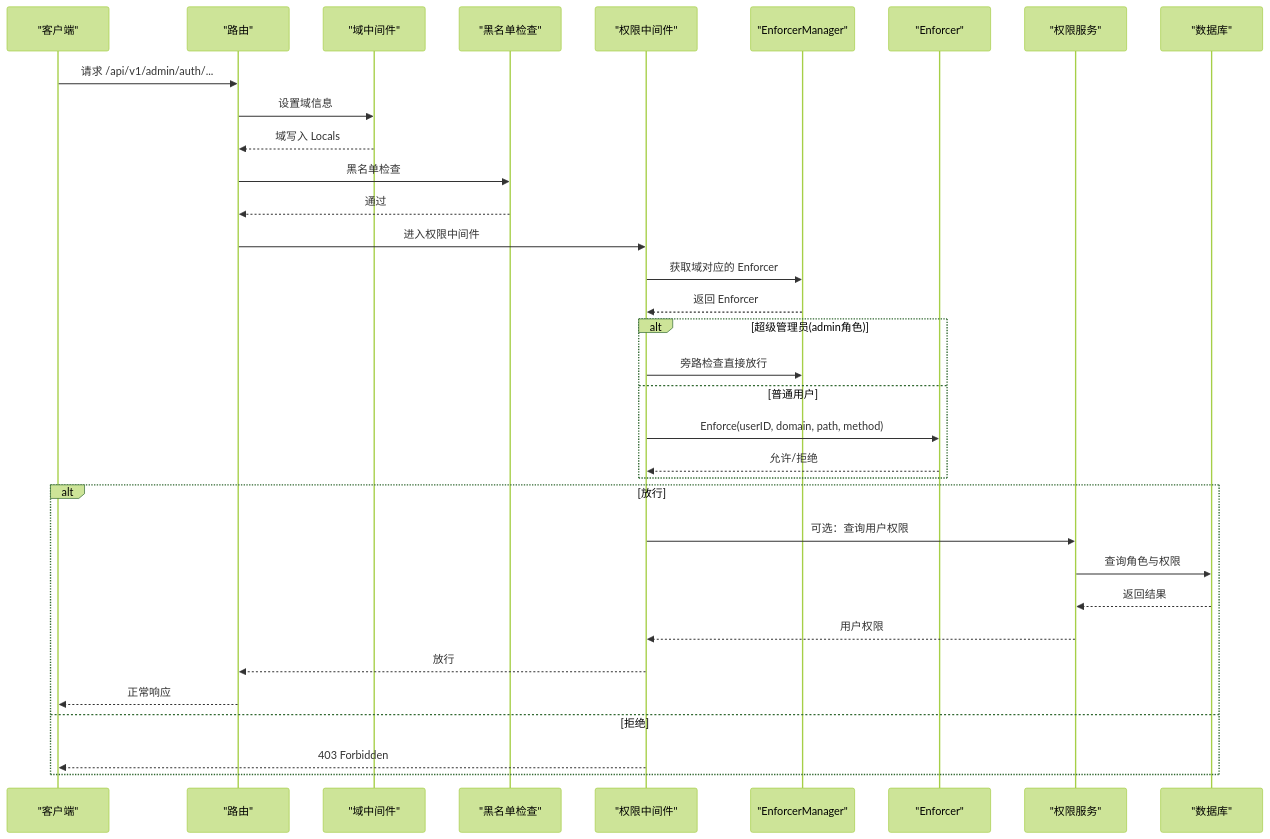
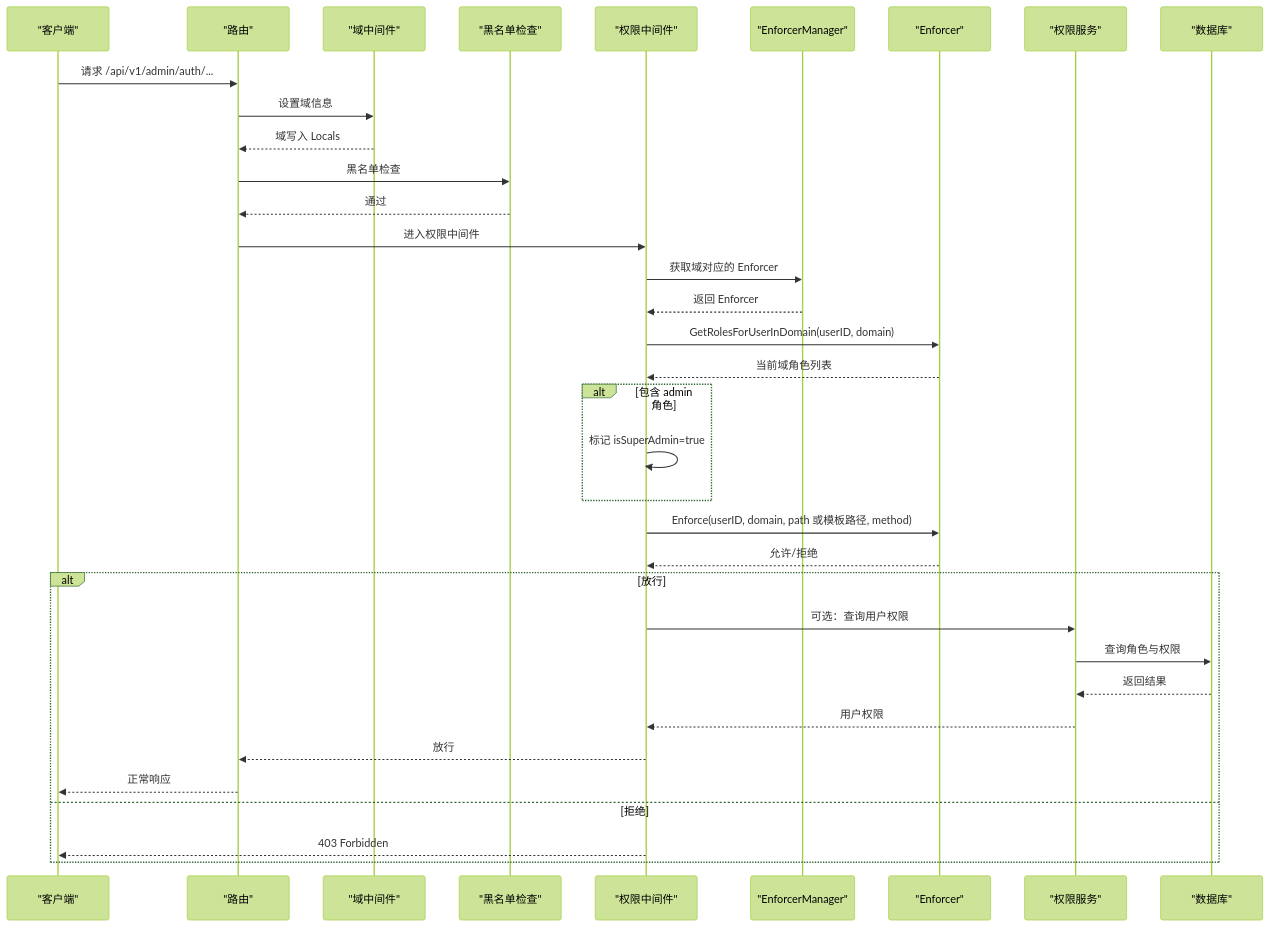
One commit to wuwuseo/e-sports-go-admin changed the second of 6 diagrams in .qoder/repowiki/zh/content/核心模块/权限控制模块.md. Above: the diagram before and after it, drawn with Mermaid (forest theme). The commit also changed other lines of this file and 15 other files, not shown here.

````diff
--- a/.qoder/repowiki/zh/content/核心模块/权限控制模块.md
+++ b/.qoder/repowiki/zh/content/核心模块/权限控制模块.md
@@ -118,36 +132,37 @@
 ```mermaid
 sequenceDiagram
 participant Client as "客户端"
 participant Router as "路由"
 participant DomainMW as "域中间件"
 participant BL as "黑名单检查"
 participant PermMW as "权限中间件"
 participant EM as "EnforcerManager"
 participant Enforcer as "Enforcer"
 participant Svc as "权限服务"
 participant DB as "数据库"
 Client->>Router : 请求 /api/v1/admin/auth/...
 Router->>DomainMW : 设置域信息
 DomainMW-->>Router : 域写入 Locals
 Router->>BL : 黑名单检查
 BL-->>Router : 通过
 Router->>PermMW : 进入权限中间件
 PermMW->>EM : 获取域对应的 Enforcer
 EM-->>PermMW : 返回 Enforcer
-alt 超级管理员(admin角色)
-PermMW->>EM : 旁路检查直接放行
-else 普通用户
-PermMW->>Enforcer : Enforce(userID, domain, path, method)
+PermMW->>Enforcer : GetRolesForUserInDomain(userID, domain)
+Enforcer-->>PermMW : 当前域角色列表
+alt 包含 admin 角色
+PermMW->>PermMW : 标记 isSuperAdmin=true
+end
+PermMW->>Enforcer : Enforce(userID, domain, path 或模板路径, method)
 Enforcer-->>PermMW : 允许/拒绝
-end
 alt 放行
 PermMW->>Svc : 可选：查询用户权限
 Svc->>DB : 查询角色与权限
 DB-->>Svc : 返回结果
 Svc-->>PermMW : 用户权限
 PermMW-->>Router : 放行
 Router-->>Client : 正常响应
 else 拒绝
 PermMW-->>Client : 403 Forbidden
 end
 ```
````
